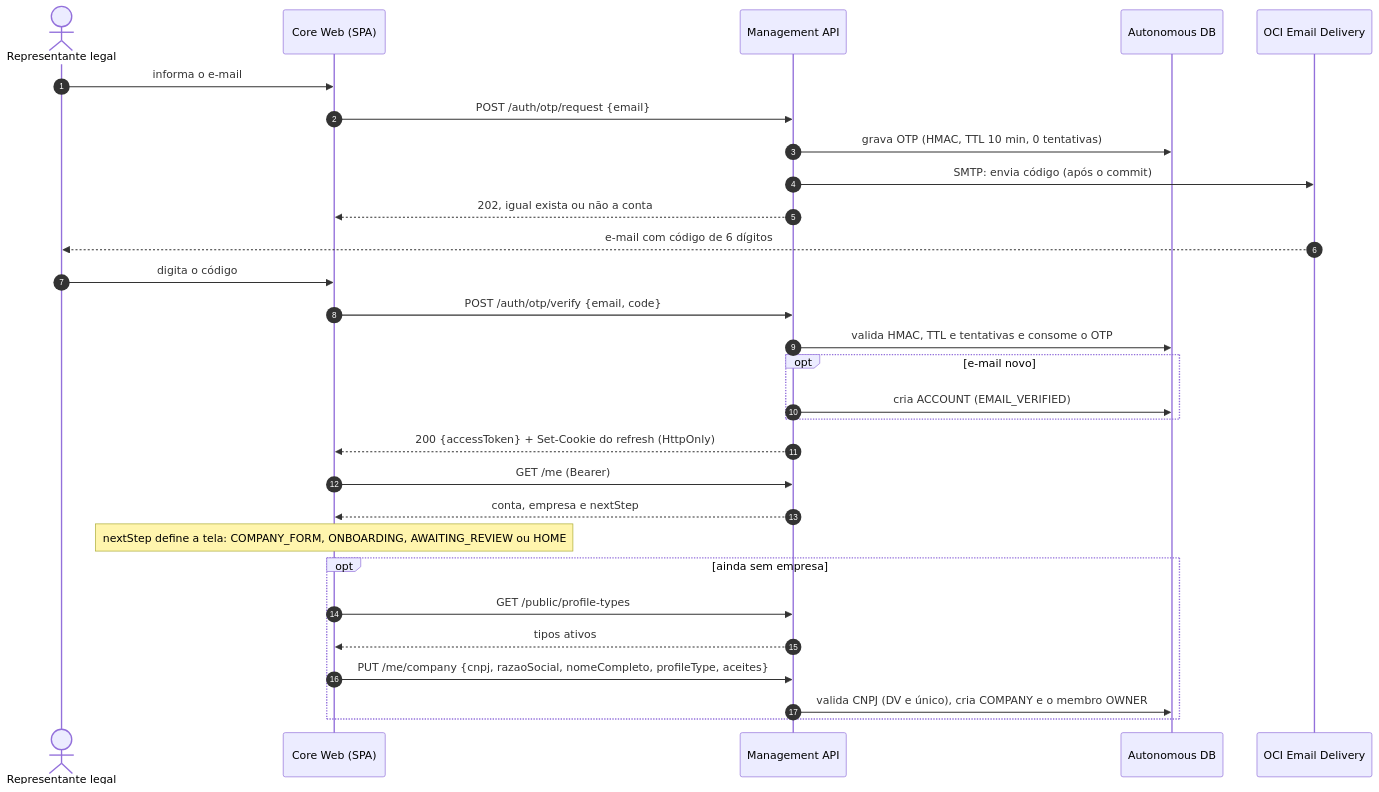
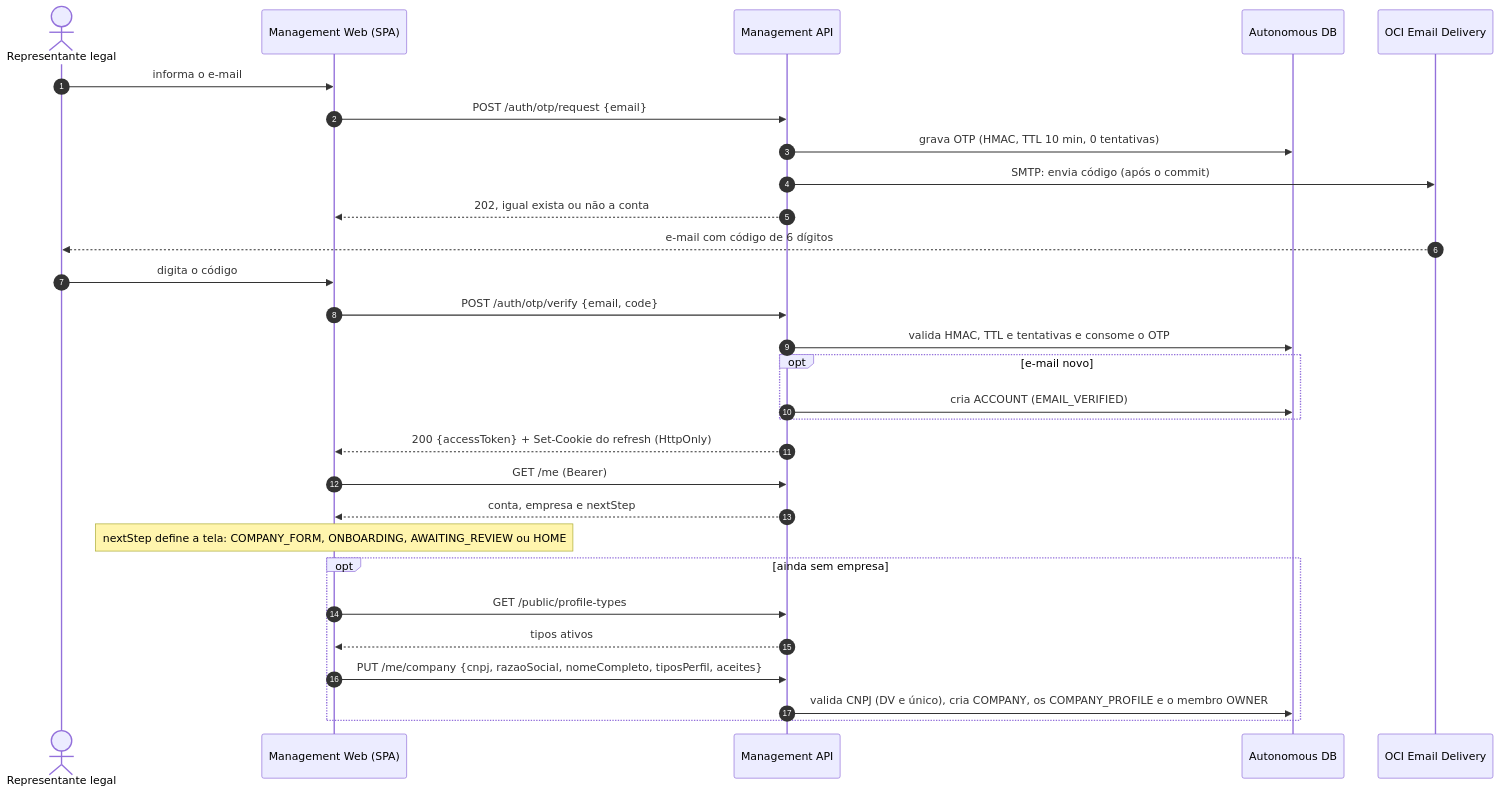
The fifth of 8 diagrams in docs/proposta-auth-onboarding.md (ECOLchain/ecolchain-management-api), drawn with Mermaid before and after one commit. The commit also changed other lines of this file and 5 other files, not shown here.

````diff
--- a/docs/proposta-auth-onboarding.md
+++ b/docs/proposta-auth-onboarding.md
@@ -226,32 +259,32 @@
 ```mermaid
 sequenceDiagram
     autonumber
     actor U as Representante legal
-    participant W as Core Web (SPA)
+    participant W as Management Web (SPA)
     participant A as Management API
     participant D as Autonomous DB
     participant E as OCI Email Delivery
 
     U->>W: informa o e-mail
     W->>A: POST /auth/otp/request {email}
     A->>D: grava OTP (HMAC, TTL 10 min, 0 tentativas)
     A->>E: SMTP: envia código (após o commit)
     A-->>W: 202, igual exista ou não a conta
     E-->>U: e-mail com código de 6 dígitos
     U->>W: digita o código
     W->>A: POST /auth/otp/verify {email, code}
     A->>D: valida HMAC, TTL e tentativas e consome o OTP
     opt e-mail novo
         A->>D: cria ACCOUNT (EMAIL_VERIFIED)
     end
     A-->>W: 200 {accessToken} + Set-Cookie do refresh (HttpOnly)
     W->>A: GET /me (Bearer)
     A-->>W: conta, empresa e nextStep
     Note over W: nextStep define a tela: COMPANY_FORM, ONBOARDING, AWAITING_REVIEW ou HOME
     opt ainda sem empresa
         W->>A: GET /public/profile-types
         A-->>W: tipos ativos
-        W->>A: PUT /me/company {cnpj, razaoSocial, nomeCompleto, profileType, aceites}
-        A->>D: valida CNPJ (DV e único), cria COMPANY e o membro OWNER
+        W->>A: PUT /me/company {cnpj, razaoSocial, nomeCompleto, tiposPerfil, aceites}
+        A->>D: valida CNPJ (DV e único), cria COMPANY, os COMPANY_PROFILE e o membro OWNER
     end
 ```
````
